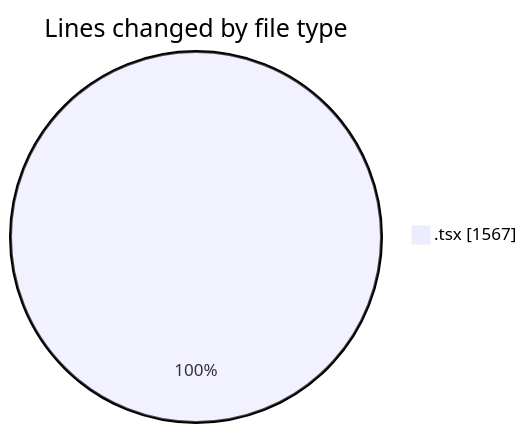
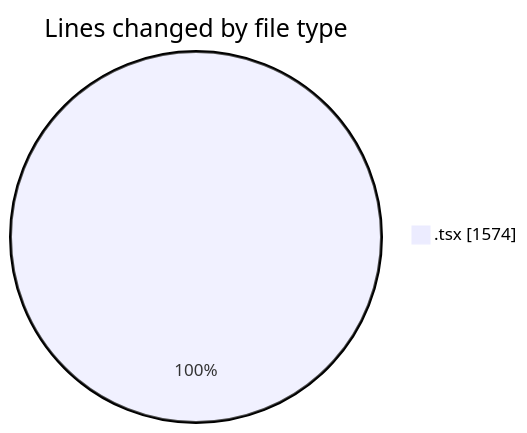
One commit to momahboobian/code-tracking changed the first of 2 diagrams in 2025-10-03/cda/README.md. Above: the diagram before and after it, drawn with Mermaid. The commit also changed other lines of this file and 1 other file, not shown here.

````diff
--- a/2025-10-03/cda/README.md
+++ b/2025-10-03/cda/README.md
@@ -22,5 +22,5 @@
 ```mermaid
 pie showData
 title Lines changed by file type
-".tsx" : 1567
+".tsx" : 1574
 ```
````
